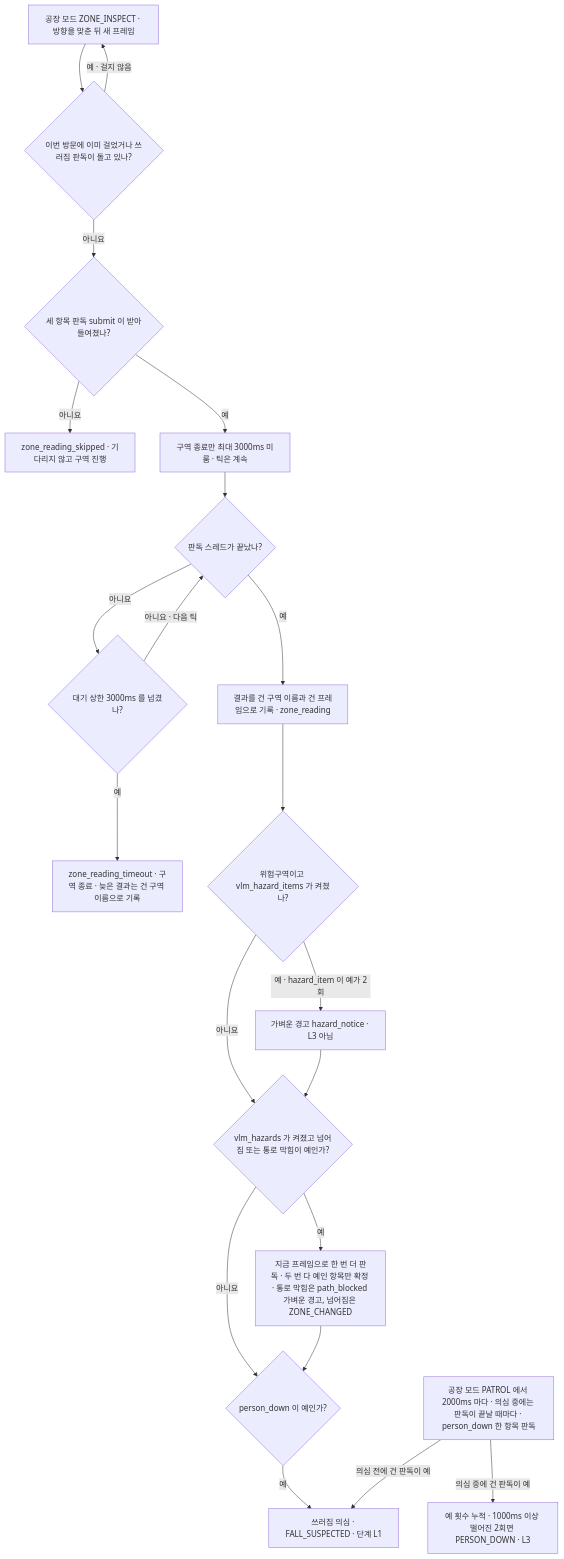
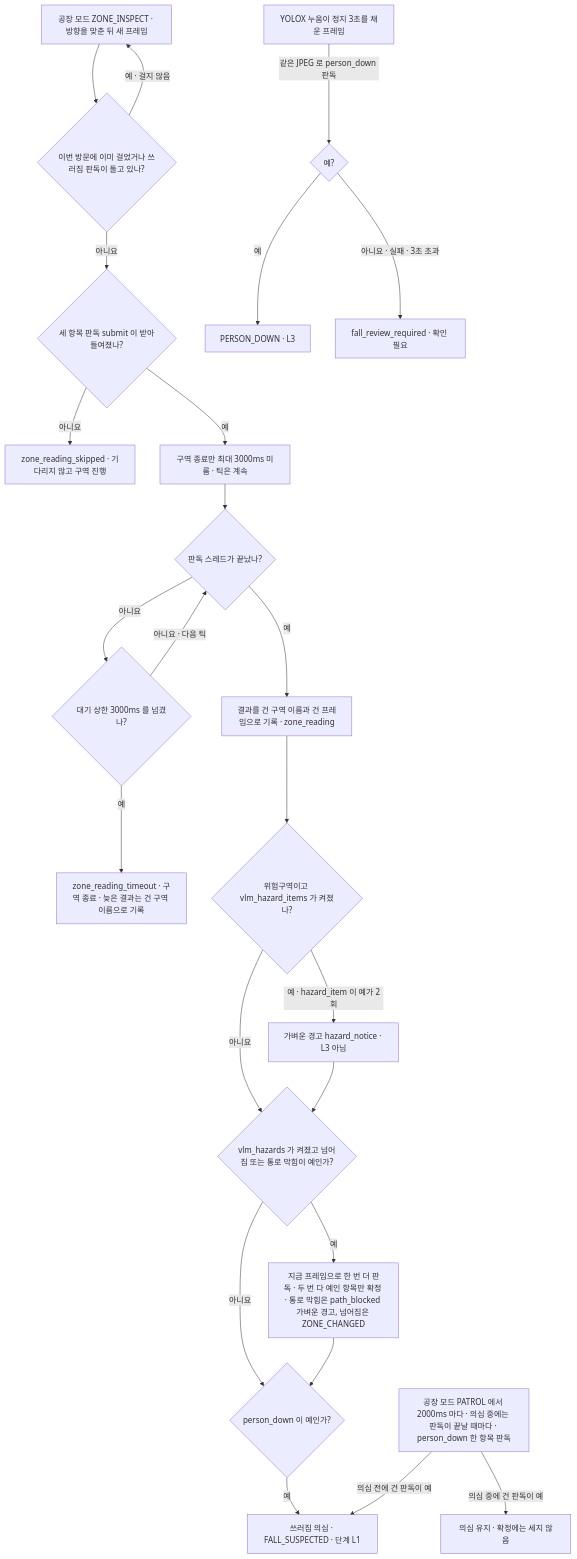
Before and after one commit to PJW-1/mechadog: the second of 2 diagrams in docs/features/vlm-reading.md, drawn with Mermaid. The commit also changed other lines of this file and 10 other files, not shown here.

````diff
--- a/docs/features/vlm-reading.md
+++ b/docs/features/vlm-reading.md
@@ -32,24 +32,27 @@
 ```mermaid
 flowchart TD
   Z0["공장 모드 ZONE_INSPECT · 방향을 맞춘 뒤 새 프레임"] --> ASKED{"이번 방문에 이미 걸었거나 쓰러짐 판독이 돌고 있나?"}
   ASKED -->|예 · 걸지 않음| Z0
   ASKED -->|아니요| SUB{"세 항목 판독 submit 이 받아들여졌나?"}
   SUB -->|아니요| SKIPZ["zone_reading_skipped · 기다리지 않고 구역 진행"]
   SUB -->|예| WAITZ["구역 종료만 최대 3000ms 미룸 · 틱은 계속"]
   WAITZ --> TAKE{"판독 스레드가 끝났나?"}
   TAKE -->|아니요| TOUT{"대기 상한 3000ms 를 넘겼나?"}
   TOUT -->|예| TO["zone_reading_timeout · 구역 종료 · 늦은 결과는 건 구역 이름으로 기록"]
   TOUT -->|아니요 · 다음 틱| TAKE
   TAKE -->|예| TK["결과를 건 구역 이름과 건 프레임으로 기록 · zone_reading"]
   TK --> HI{"위험구역이고 vlm_hazard_items 가 켜졌나?"}
   HI -->|예 · hazard_item 이 예가 2회| HN["가벼운 경고 hazard_notice · L3 아님"]
   HI -->|아니요| HZ{"vlm_hazards 가 켜졌고 넘어짐 또는 통로 막힘이 예인가?"}
   HN --> HZ
   HZ -->|예| AGAIN["지금 프레임으로 한 번 더 판독 · 두 번 다 예인 항목만 확정 · 통로 막힘은 path_blocked 가벼운 경고, 넘어짐은 ZONE_CHANGED"]
   HZ -->|아니요| PD{"person_down 이 예인가?"}
   AGAIN --> PD
   PD -->|예| SUS["쓰러짐 의심 · FALL_SUSPECTED · 단계 L1"]
   F0["공장 모드 PATROL 에서 2000ms 마다 · 의심 중에는 판독이 끝날 때마다 · person_down 한 항목 판독"]
   F0 -->|의심 전에 건 판독이 예| SUS
-  F0 -->|의심 중에 건 판독이 예| CNT["예 횟수 누적 · 1000ms 이상 떨어진 2회면 PERSON_DOWN · L3"]
+  F0 -->|의심 중에 건 판독이 예| CNT["의심 유지 · 확정에는 세지 않음"]
+  RULE["YOLOX 누움이 정지 3초를 채운 프레임"] -->|같은 JPEG 로 person_down 판독| CROSS{"예?"}
+  CROSS -->|예| PDN["PERSON_DOWN · L3"]
+  CROSS -->|아니요 · 실패 · 3초 초과| REV["fall_review_required · 확인 필요"]
 ```
````
